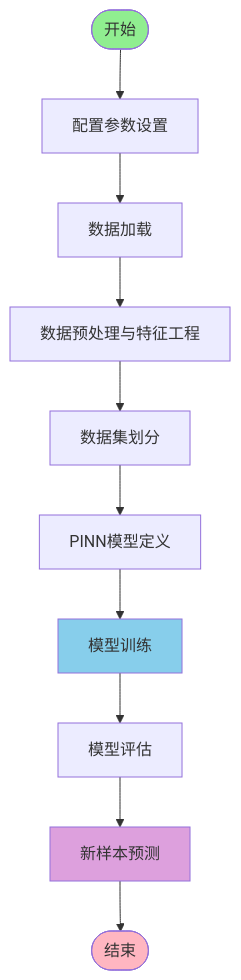
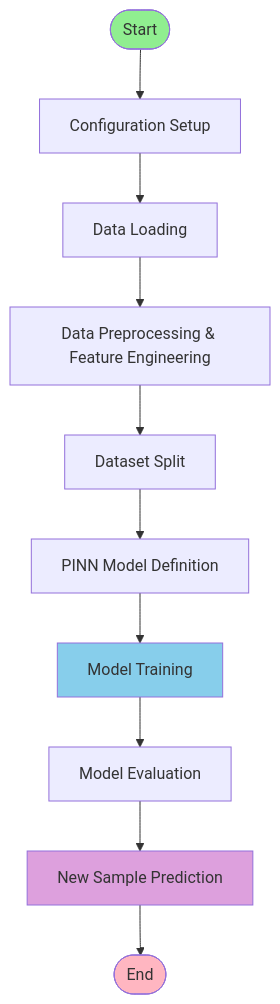
The first of 10 diagrams in 流程图_PINN_Rheology_Prediction.md (Prcmise/PB_Rheo), drawn with Mermaid before and after one commit. The commit also changed other lines of this file, not shown here.

Commit message:
Translate and update PINN rheology prediction documentation

````diff
--- a/流程图_PINN_Rheology_Prediction.md
+++ b/流程图_PINN_Rheology_Prediction.md
@@ -5,19 +5,19 @@
 ```mermaid
 flowchart TD
-    Start([开始]) --> Config[配置参数设置]
-    Config --> DataLoad[数据加载]
+    Start([Start]) --> Config[Configuration Setup]
+    Config --> DataLoad[Data Loading]
     
-    DataLoad --> DataProcess[数据预处理与特征工程]
-    DataProcess --> DataSplit[数据集划分]
-    DataSplit --> ModelDef[PINN模型定义]
+    DataLoad --> DataProcess[Data Preprocessing & Feature Engineering]
+    DataProcess --> DataSplit[Dataset Split]
+    DataSplit --> ModelDef[PINN Model Definition]
     
-    ModelDef --> Training[模型训练]
-    Training --> Evaluation[模型评估]
-    Evaluation --> Prediction[新样本预测]
-    Prediction --> End([结束])
+    ModelDef --> Training[Model Training]
+    Training --> Evaluation[Model Evaluation]
+    Evaluation --> Prediction[New Sample Prediction]
+    Prediction --> End([End])
     
     style Start fill:#90EE90
     style End fill:#FFB6C1
     style Training fill:#87CEEB
     style Prediction fill:#DDA0DD
 ```
````
